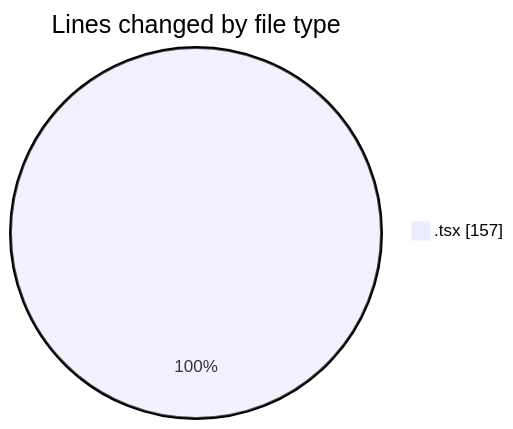
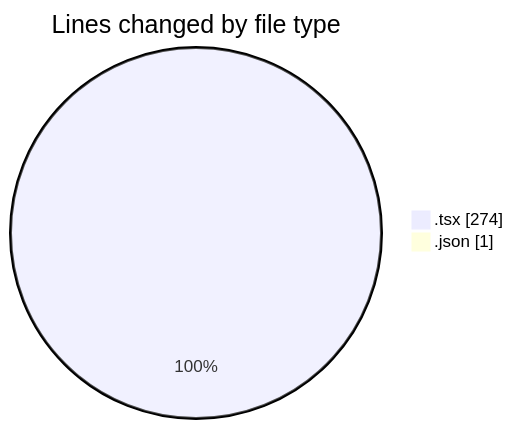
Before and after one commit to julien-gomy/code-tracking: the first of 2 diagrams in 2025-11-28/eventscop-frontend-guide__workspace_/README.md, drawn with Mermaid. The commit also changed other lines of this file and 1 other file, not shown here.

````diff
--- a/2025-11-28/eventscop-frontend-guide__workspace_/README.md
+++ b/2025-11-28/eventscop-frontend-guide__workspace_/README.md
@@ -21,5 +22,6 @@
 ```mermaid
 pie showData
 title Lines changed by file type
-".tsx" : 157
+".tsx" : 274
+".json" : 1
 ```
````
